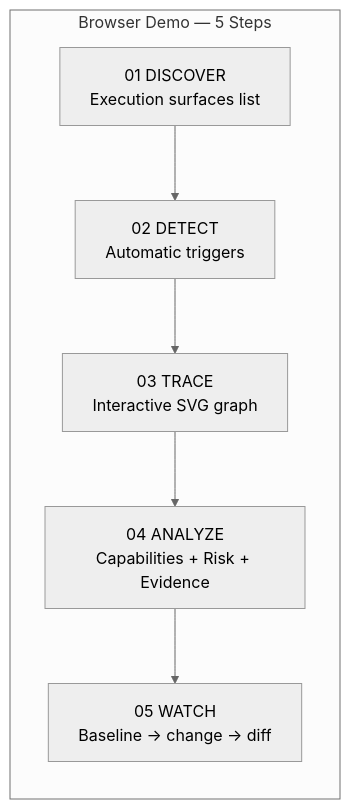
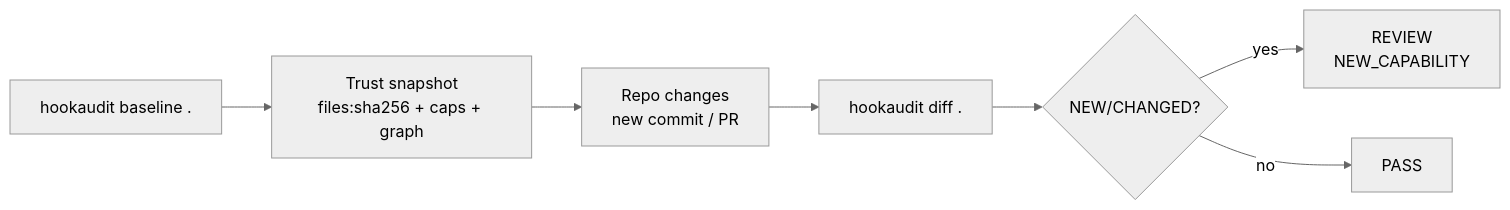
One commit to rohitkumarnaidu/HookAudit changed the fourth of 6 diagrams in README.md. Above: the diagram before and after it, drawn with Mermaid (neutral theme). The commit also changed other lines of this file, not shown here.

First line of the commit message:
docs: simplify README to requested style with clean Mermaid

````diff
--- a/README.md
+++ b/README.md
@@ -389,11 +109,9 @@
 ```mermaid
 flowchart LR
-    subgraph Demo[Browser Demo — 5 Steps]
-        S1[01 DISCOVER<br/>Execution surfaces list]
-        S2[02 DETECT<br/>Automatic triggers]
-        S3[03 TRACE<br/>Interactive SVG graph]
-        S4[04 ANALYZE<br/>Capabilities + Risk + Evidence]
-        S5[05 WATCH<br/>Baseline → change → diff]
-        S1 --> S2 --> S3 --> S4 --> S5
-    end
+    A[hookaudit baseline .] --> B[Trust snapshot<br/>files:sha256 + caps + graph]
+    B --> C[Repo changes<br/>new commit / PR]
+    C --> D[hookaudit diff .]
+    D --> E{NEW/CHANGED?}
+    E -->|yes| F[REVIEW<br/>NEW_CAPABILITY]
+    E -->|no| G[PASS]
 ```
````
